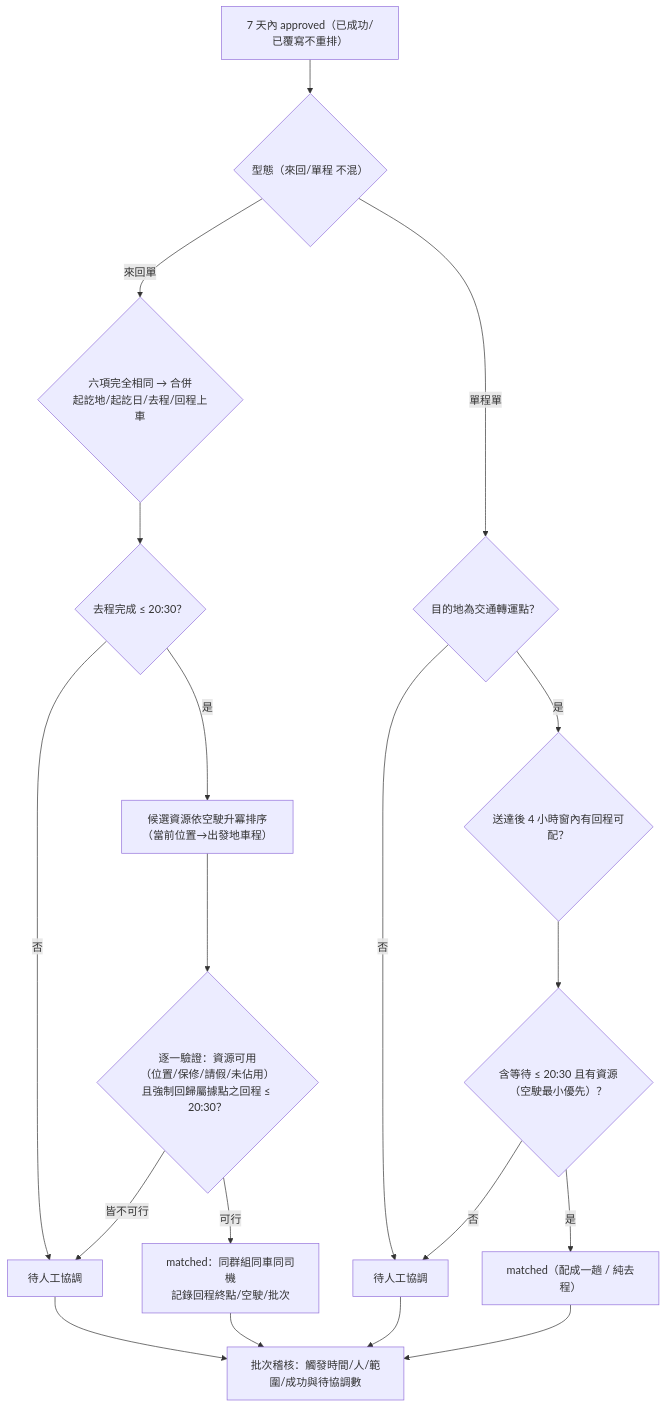
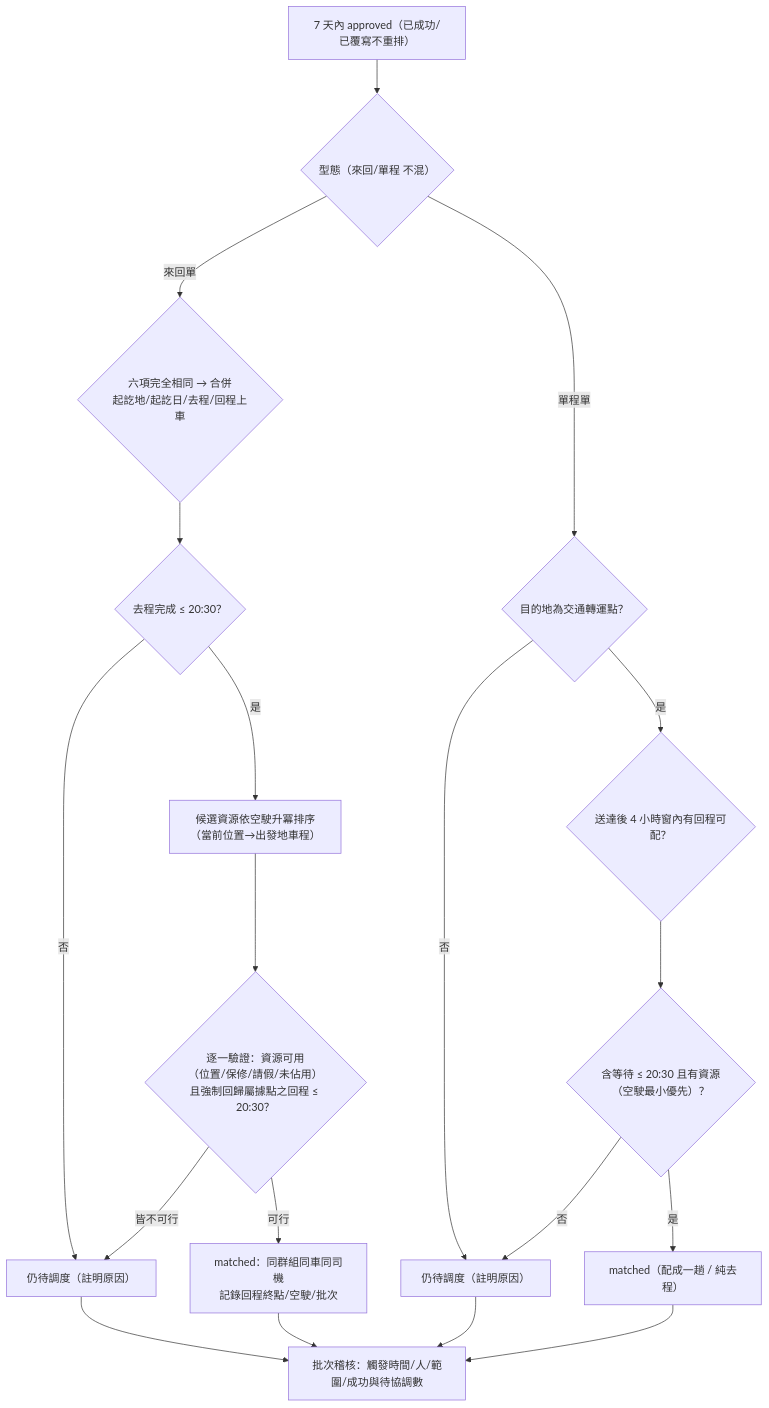
The sixth of 6 diagrams in docs/LOGIC.md (khcheng77/car-transport), drawn with Mermaid before and after one commit. The commit also changed other lines of this file and 7 other files, not shown here.

````diff
--- a/docs/LOGIC.md
+++ b/docs/LOGIC.md
@@ -349,21 +378,21 @@
 ```mermaid
 flowchart TD
   B0["7 天內 approved（已成功/已覆寫不重排）"] --> T{"型態（來回/單程 不混）"}
   T -- 來回單 --> R1{"六項完全相同 → 合併<br/>起訖地/起訖日/去程/回程上車"}
   R1 --> R2{"去程完成 ≤ 20:30？"}
-  R2 -- 否 --> RC["待人工協調"]
+  R2 -- 否 --> RC["仍待調度（註明原因）"]
   R2 -- 是 --> R3["候選資源依空駛升冪排序<br/>（當前位置→出發地車程）"]
   R3 --> R4{"逐一驗證：資源可用<br/>（位置/保修/請假/未佔用）<br/>且強制回歸屬據點之回程 ≤ 20:30？"}
   R4 -- 皆不可行 --> RC
   R4 -- 可行 --> RM["matched：同群組同車同司機<br/>記錄回程終點/空駛/批次"]
   T -- 單程單 --> O1{"目的地為交通轉運點？"}
-  O1 -- 否 --> OC["待人工協調"]
+  O1 -- 否 --> OC["仍待調度（註明原因）"]
   O1 -- 是 --> O2{"送達後 4 小時窗內有回程可配？"}
   O2 --> O3{"含等待 ≤ 20:30 且有資源（空駛最小優先）？"}
   O3 -- 否 --> OC
   O3 -- 是 --> OM["matched（配成一趟 / 純去程）"]
   RM --> AU["批次稽核：觸發時間/人/範圍/成功與待協調數"]
   OM --> AU
   RC --> AU
   OC --> AU
 ```
````
